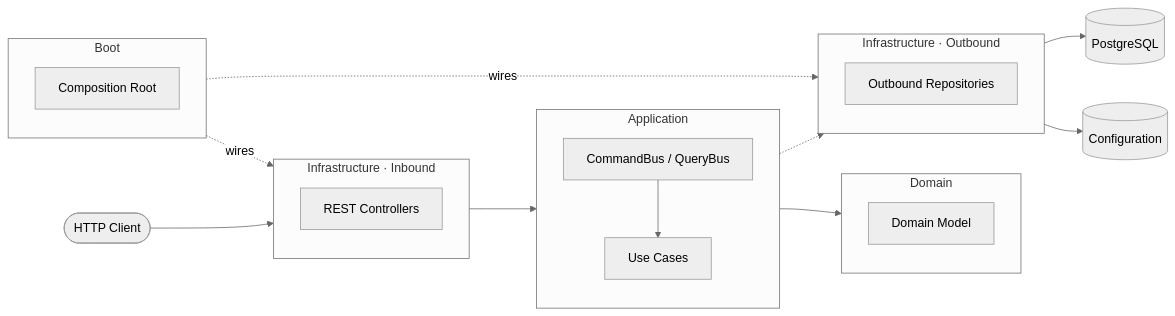
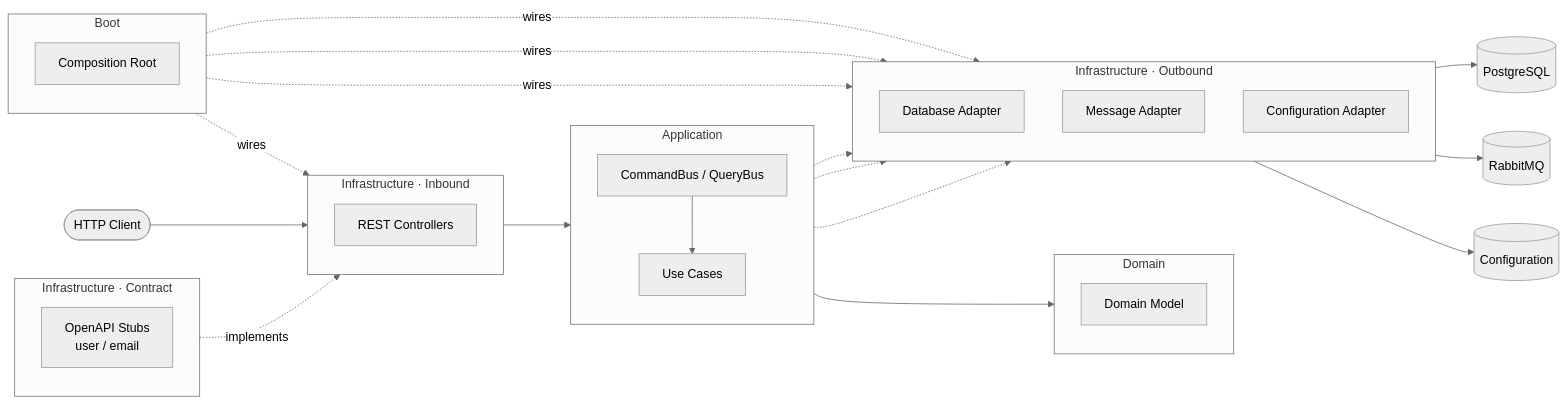
One commit to dmosquerad/Hexagonal-BE changed the diagram in README.md. Above: the diagram before and after it, drawn with Mermaid (neutral theme). The commit also changed other lines of this file, not shown here.

````diff
--- a/README.md
+++ b/README.md
@@ -47,45 +48,57 @@
 ```mermaid
 flowchart LR
     Client([HTTP Client])
     POSTGRES[(PostgreSQL)]
+    RABBIT[(RabbitMQ)]
     Config[(Configuration)]
+
+    subgraph CONTRACT["Infrastructure · Contract"]
+        direction TB
+        OAS[OpenAPI Stubs\nuser / email]
+    end
 
     subgraph INBOUND["Infrastructure · Inbound"]
         direction TB
         REST[REST Controllers]
     end
 
     subgraph APP["Application"]
         direction TB
         BUS[CommandBus / QueryBus]
         UC[Use Cases]
     end
 
     subgraph DOMAIN["Domain"]
         direction TB
         MODEL[Domain Model]
     end
 
     subgraph OUTBOUND["Infrastructure · Outbound"]
         direction TB
-        OR[Outbound Repositories]
+        DB[Database Adapter]
+        MSG[Message Adapter]
+        CFG[Configuration Adapter]
     end
-
-    APP ~~~ DOMAIN
 
     subgraph BOOT["Boot"]
         direction TB
         COMP[Composition Root]
     end
 
+    OAS -.implements.-> REST
     Client --> REST
     REST --> BUS
     BUS --> UC
     UC --> MODEL
-    UC -.-> OR
-    OR --> POSTGRES
-    OR --> Config
+    UC -.-> DB
+    UC -.-> MSG
+    UC -.-> CFG
+    DB --> POSTGRES
+    MSG --> RABBIT
+    CFG --> Config
 
     COMP -.wires.-> REST
-    COMP -.wires.-> OR
+    COMP -.wires.-> DB
+    COMP -.wires.-> MSG
+    COMP -.wires.-> CFG
 ```
````
